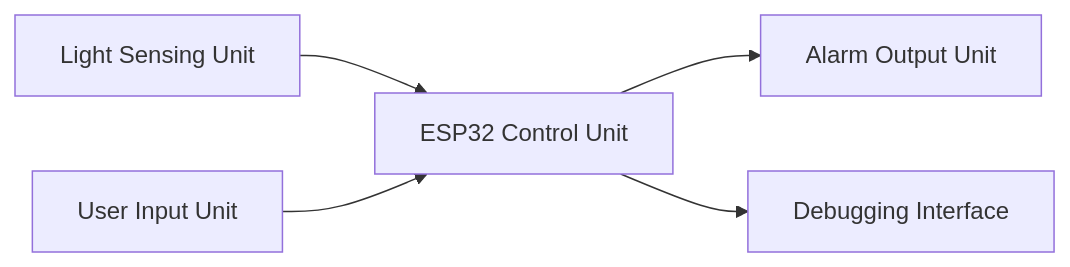
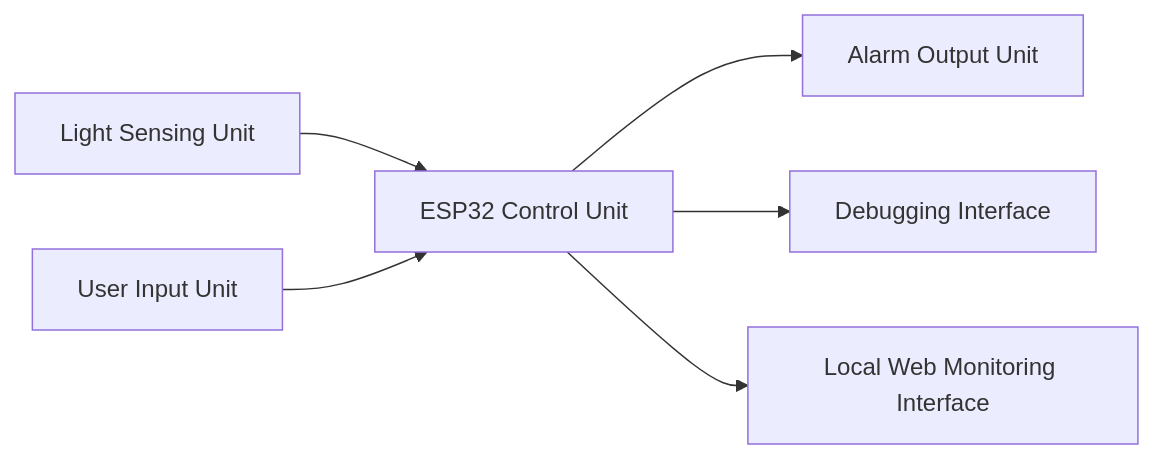
Before and after one commit to Zeyu-Ethan/esp32-light-sensor-alarm: the first of 2 diagrams in README.md, drawn with Mermaid. The commit also changed other lines of this file, not shown here.

Commit message:
Update README with Wi-Fi monitoring extension

````diff
--- a/README.md
+++ b/README.md
@@ -43,7 +56,8 @@
 ```mermaid
 flowchart LR
     A[Light Sensing Unit] --> B[ESP32 Control Unit]
     B --> C[Alarm Output Unit]
     D[User Input Unit] --> B
     B --> E[Debugging Interface]
+    B --> F[Local Web Monitoring Interface]
 ```
````
